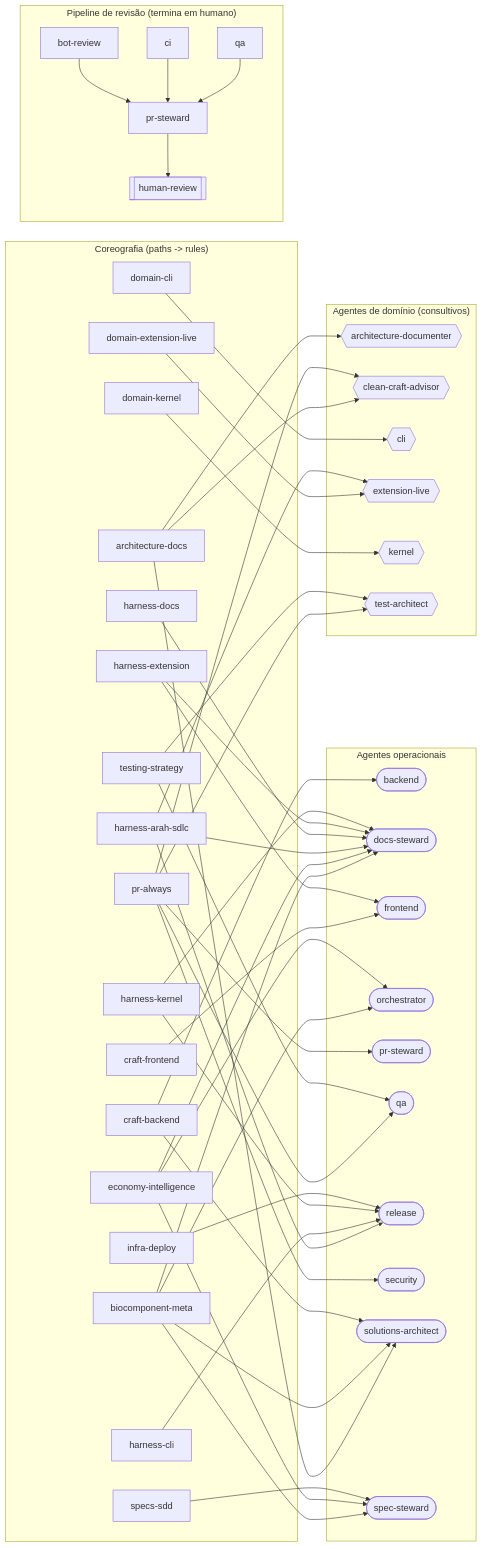
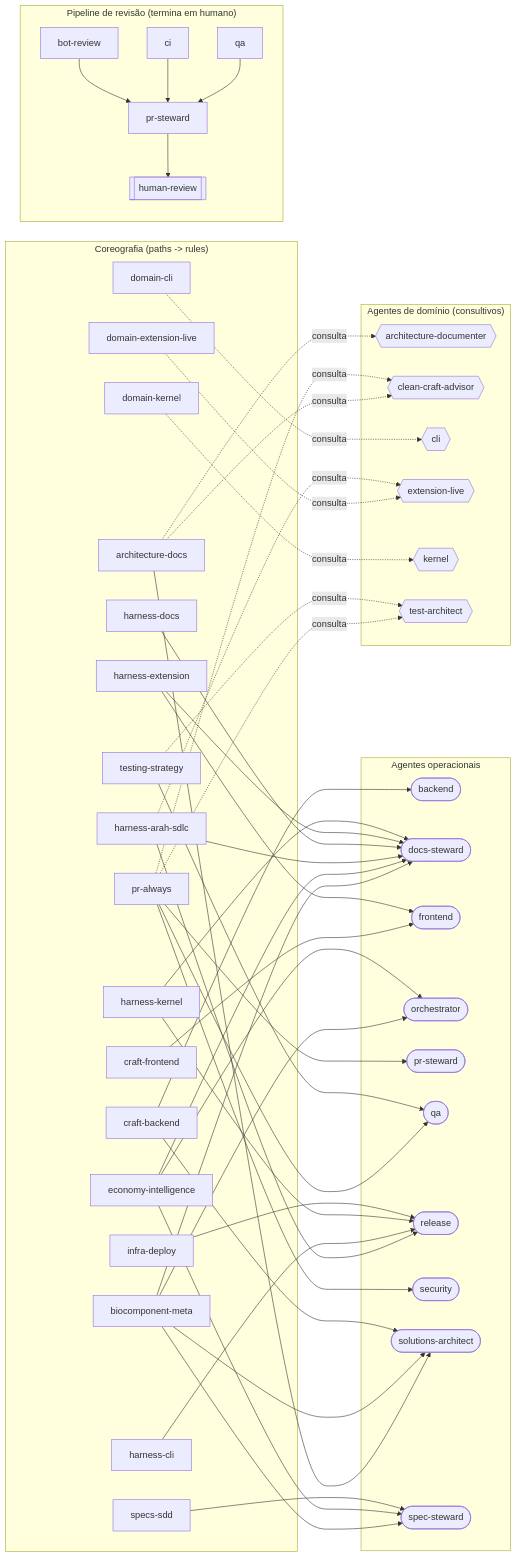
The diagram in docs/_meta/agent-graph.generated.mmd (sraphaz/arah-harness), drawn with Mermaid before and after one commit. The commit also changed 23 other files, not shown here.

First line of the commit message:
fix(harness): gate humano no cut-release, invoke-skill sem binding error, schemas YAML validos (port Hawk#38) + issue #40 (#41)

```diff
--- a/docs/_meta/agent-graph.generated.mmd
+++ b/docs/_meta/agent-graph.generated.mmd
@@ -1,86 +1,86 @@
 flowchart LR
   %% Gerado por scripts/agents/export-agent-graph.ps1 — não editar à mão
   subgraph CHOREOGRAPHY["Coreografia (paths -> rules)"]
     rule_architecture_docs["architecture-docs"]
     rule_biocomponent_meta["biocomponent-meta"]
     rule_craft_backend["craft-backend"]
     rule_craft_frontend["craft-frontend"]
     rule_domain_cli["domain-cli"]
     rule_domain_extension_live["domain-extension-live"]
     rule_domain_kernel["domain-kernel"]
     rule_economy_intelligence["economy-intelligence"]
     rule_harness_arah_sdlc["harness-arah-sdlc"]
     rule_harness_cli["harness-cli"]
     rule_harness_docs["harness-docs"]
     rule_harness_extension["harness-extension"]
     rule_harness_kernel["harness-kernel"]
     rule_infra_deploy["infra-deploy"]
     rule_pr_always["pr-always"]
     rule_specs_sdd["specs-sdd"]
     rule_testing_strategy["testing-strategy"]
   end
   subgraph OPERATIONAL["Agentes operacionais"]
     agent_backend(["backend"])
     agent_docs_steward(["docs-steward"])
     agent_frontend(["frontend"])
     agent_orchestrator(["orchestrator"])
     agent_pr_steward(["pr-steward"])
     agent_qa(["qa"])
     agent_release(["release"])
     agent_security(["security"])
     agent_solutions_architect(["solutions-architect"])
     agent_spec_steward(["spec-steward"])
   end
   subgraph DOMAIN["Agentes de domínio (consultivos)"]
     agent_architecture_documenter{{"architecture-documenter"}}
     agent_clean_craft_advisor{{"clean-craft-advisor"}}
     agent_cli{{"cli"}}
     agent_extension_live{{"extension-live"}}
     agent_kernel{{"kernel"}}
     agent_test_architect{{"test-architect"}}
   end
-  rule_architecture_docs --> agent_architecture_documenter
-  rule_architecture_docs --> agent_clean_craft_advisor
+  rule_architecture_docs -. consulta .-> agent_architecture_documenter
+  rule_architecture_docs -. consulta .-> agent_clean_craft_advisor
   rule_architecture_docs --> agent_solutions_architect
   rule_biocomponent_meta --> agent_docs_steward
   rule_biocomponent_meta --> agent_orchestrator
   rule_biocomponent_meta --> agent_solutions_architect
   rule_biocomponent_meta --> agent_spec_steward
   rule_craft_backend --> agent_backend
   rule_craft_backend --> agent_solutions_architect
   rule_craft_frontend --> agent_frontend
-  rule_domain_cli --> agent_cli
-  rule_domain_extension_live --> agent_extension_live
-  rule_domain_kernel --> agent_kernel
+  rule_domain_cli -. consulta .-> agent_cli
+  rule_domain_extension_live -. consulta .-> agent_extension_live
+  rule_domain_kernel -. consulta .-> agent_kernel
   rule_economy_intelligence --> agent_docs_steward
   rule_economy_intelligence --> agent_orchestrator
   rule_economy_intelligence --> agent_spec_steward
   rule_harness_arah_sdlc --> agent_docs_steward
-  rule_harness_arah_sdlc --> agent_extension_live
+  rule_harness_arah_sdlc -. consulta .-> agent_extension_live
   rule_harness_arah_sdlc --> agent_release
   rule_harness_cli --> agent_release
   rule_harness_docs --> agent_docs_steward
   rule_harness_extension --> agent_docs_steward
   rule_harness_extension --> agent_frontend
   rule_harness_kernel --> agent_docs_steward
   rule_harness_kernel --> agent_release
   rule_infra_deploy --> agent_release
-  rule_pr_always --> agent_clean_craft_advisor
+  rule_pr_always -. consulta .-> agent_clean_craft_advisor
   rule_pr_always --> agent_pr_steward
   rule_pr_always --> agent_qa
   rule_pr_always --> agent_security
-  rule_pr_always --> agent_test_architect
+  rule_pr_always -. consulta .-> agent_test_architect
   rule_specs_sdd --> agent_spec_steward
   rule_testing_strategy --> agent_qa
-  rule_testing_strategy --> agent_test_architect
+  rule_testing_strategy -. consulta .-> agent_test_architect
   subgraph REVIEW["Pipeline de revisão (termina em humano)"]
     gate_ci["ci"]
     gate_qa["qa"]
     gate_bot_review["bot-review"]
     gate_pr_steward["pr-steward"]
     gate_human_review[["human-review"]]
   end
   gate_bot_review --> gate_pr_steward
   gate_ci --> gate_pr_steward
   gate_pr_steward --> gate_human_review
   gate_qa --> gate_pr_steward
```
